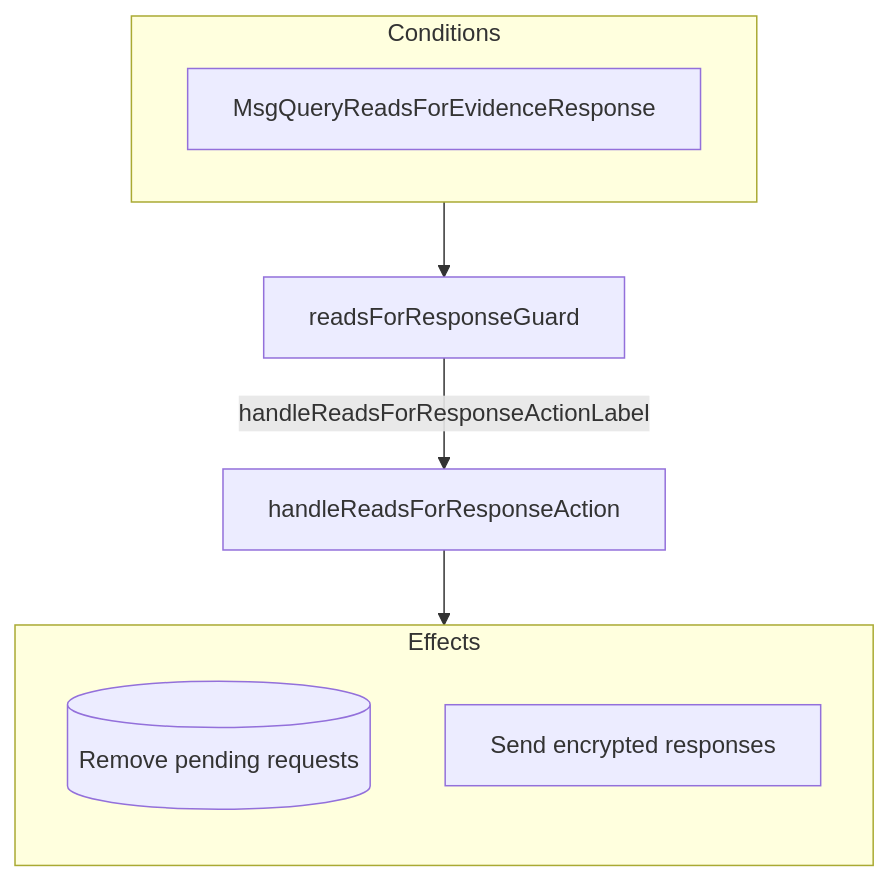
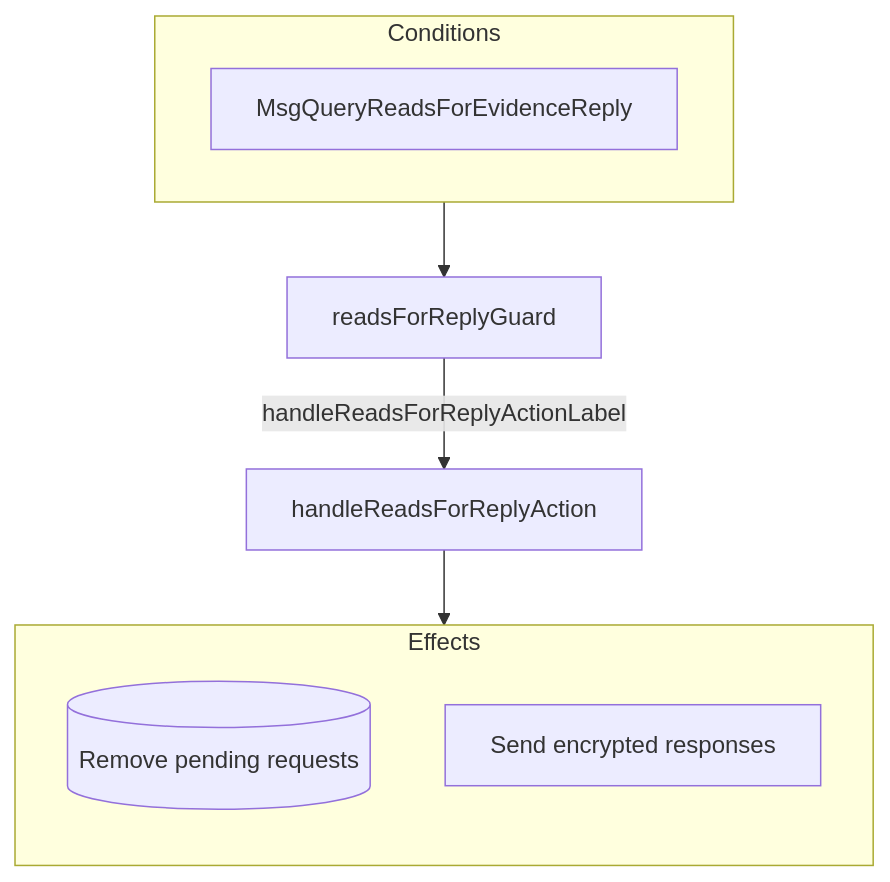
The second of 2 diagrams in docs/arch/node/engines/encryption_behaviour.juvix.md (anoma/nspec), drawn with Mermaid before and after one commit. The commit also changed other lines of this file and 37 other files, not shown here.

Commit message:
Renamed all instances of "Response" to "Reply" in message interfaces for consistency across commitment, decryption, identity management, and other engines.

````diff
--- a/docs/arch/node/engines/encryption_behaviour.juvix.md
+++ b/docs/arch/node/engines/encryption_behaviour.juvix.md
@@ -467,17 +467,17 @@
 ```mermaid
 flowchart TD
   subgraph C [Conditions]
-    CMsg[MsgQueryReadsForEvidenceResponse]
+    CMsg[MsgQueryReadsForEvidenceReply]
   end
 
-  G[readsForResponseGuard]
-  A[handleReadsForResponseAction]
+  G[readsForReplyGuard]
+  A[handleReadsForReplyAction]
 
-  C --> G -->|handleReadsForResponseActionLabel| A --> E
+  C --> G -->|handleReadsForReplyActionLabel| A --> E
 
   subgraph E [Effects]
     direction TB
     E1[(Remove pending requests)]
     E2[Send encrypted responses]
   end
 ```
````
